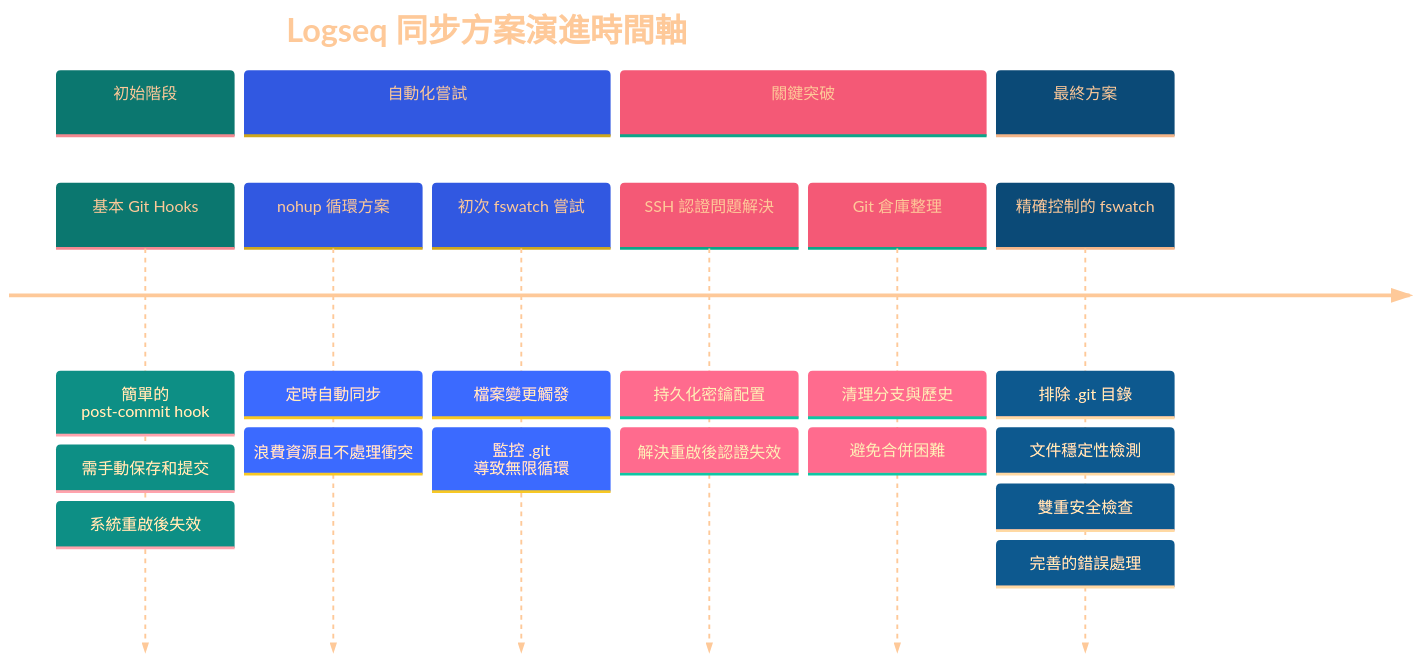
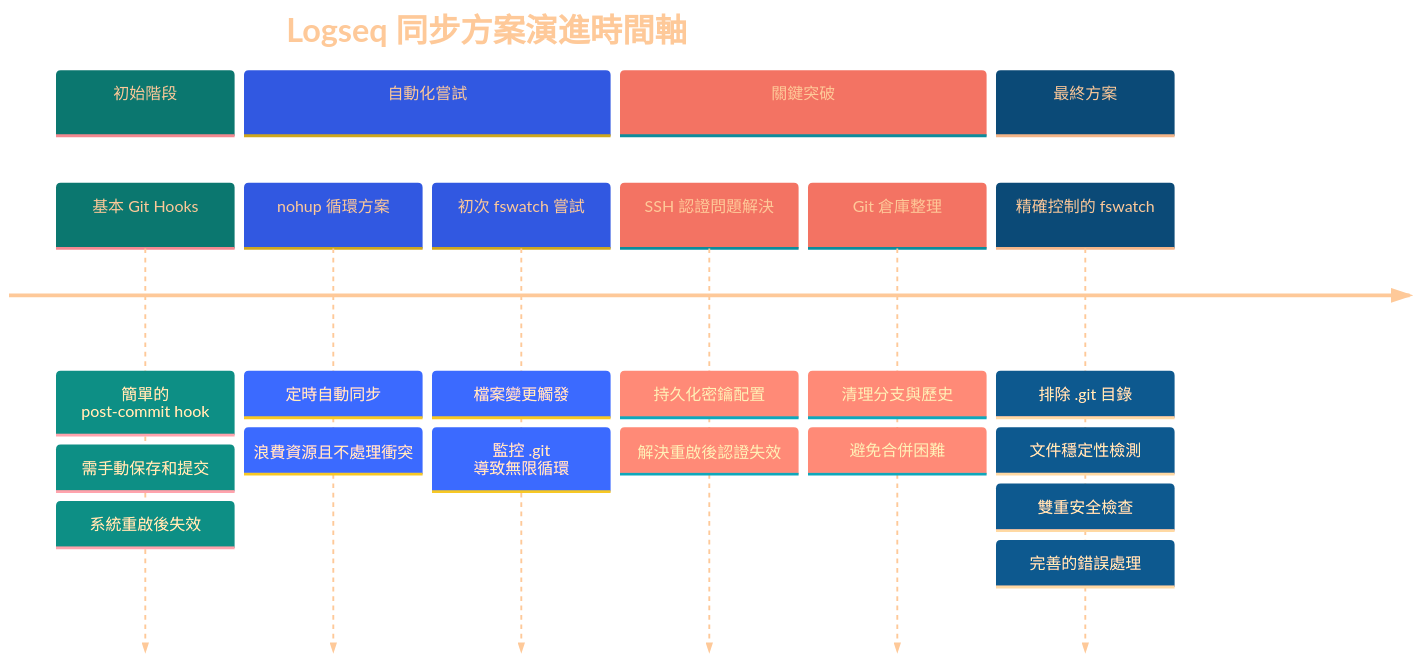
Before and after one commit to GengGeng026/Sync-Logseq: the first of 2 diagrams in Logseq同步方案演進記錄.md, drawn with Mermaid.

Commit message:
Auto-sync: Wed Mar 26 10:13:05 +08 2025

````diff
--- a/Logseq同步方案演進記錄.md
+++ b/Logseq同步方案演進記錄.md
@@ -24,38 +24,38 @@
 ```mermaid
 %%{init: {
   'theme': 'base', 
   'themeVariables': {
     'primaryTextColor': '#FEC999',
     'primaryColor': '#19E9D9',
     'secondaryColor': '#A0B2F1',
-    'tertiaryColor': '#FCD1D9',
+    'tertiaryColor': '#FCDDD9',
     'primaryBorderColor': '#A9D9D9',
     'background': 'transparent',
     'clusterBkg': 'transparent',
     'fontFamily': 'default',
     'fontSize': '17px',
     'fontWeight': 'normal'
   }
 }}%%
 timeline
     title Logseq 同步方案演進時間軸
     section 初始階段
         基本 Git Hooks : 簡單的 post-commit hook
         : 需手動保存和提交
         : 系統重啟後失效
     section 自動化嘗試
         nohup 循環方案 : 定時自動同步
         : 浪費資源且不處理衝突
         初次 fswatch 嘗試 : 檔案變更觸發
         : 監控 .git 導致無限循環
     section 關鍵突破
         SSH 認證問題解決 : 持久化密鑰配置
         : 解決重啟後認證失效
         Git 倉庫整理 : 清理分支與歷史
         : 避免合併困難
     section 最終方案
         精確控制的 fswatch : 排除 .git 目錄
         : 文件穩定性檢測
         : 雙重安全檢查
         : 完善的錯誤處理
 ```
````
